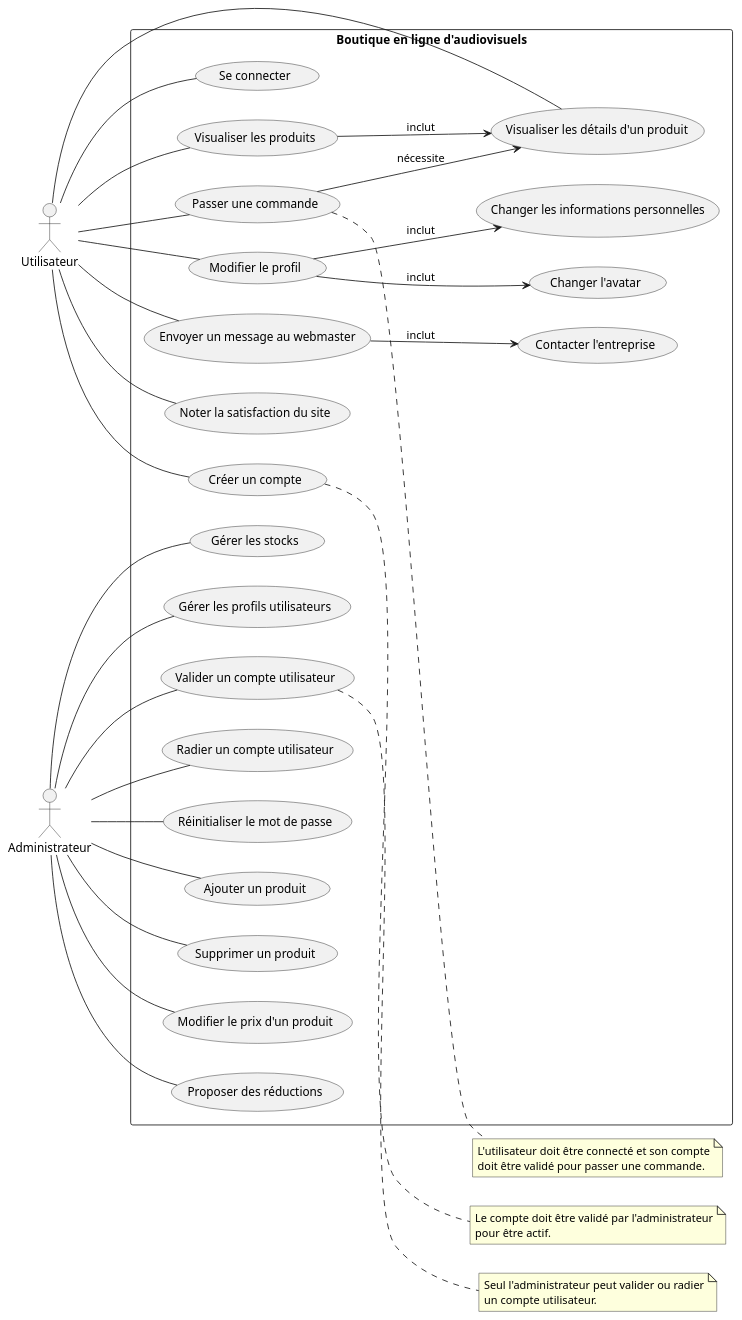
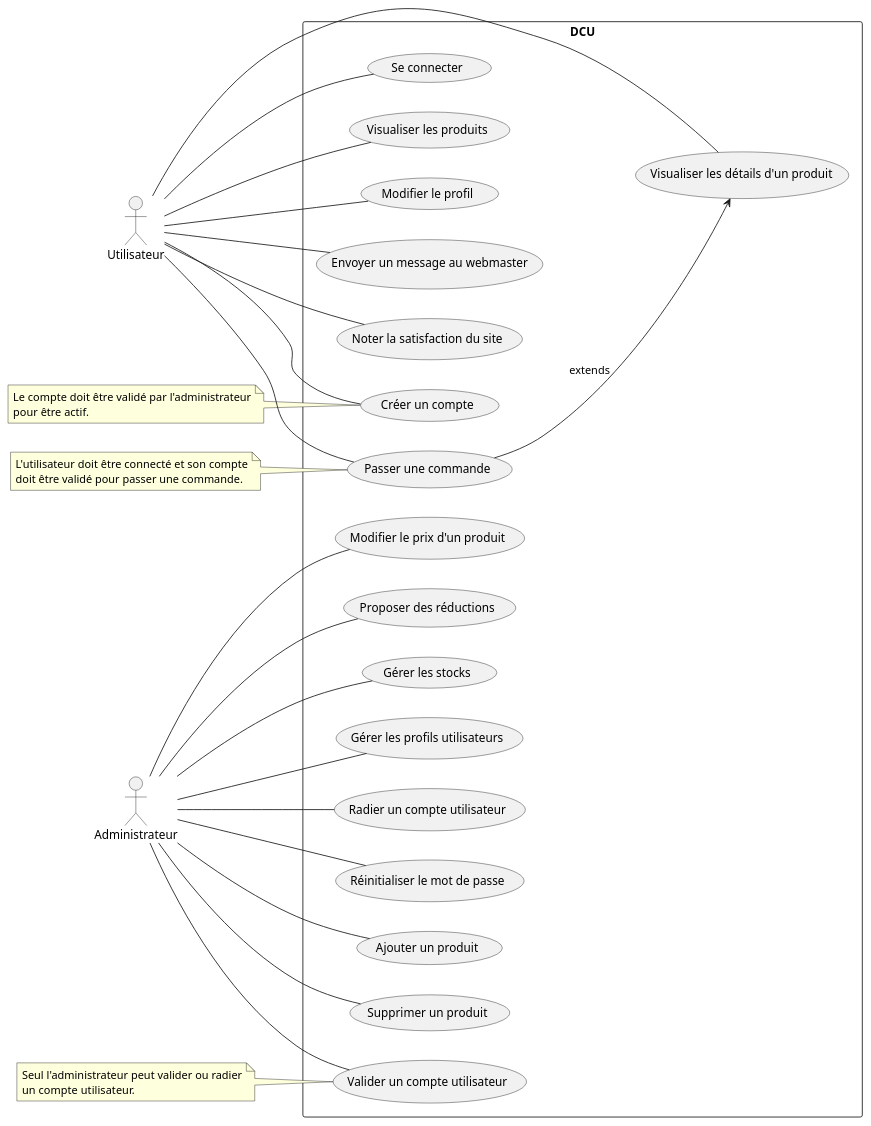
The diagram in DCU.wsd (hurtcraft/ProjetUML), drawn with PlantUML before and after one commit.

Commit message:
modif DCU

```diff
--- a/DCU.wsd
+++ b/DCU.wsd
@@ -1,48 +1,44 @@
 @startuml
 left to right direction
 actor Utilisateur
 actor Administrateur
 
-rectangle "Boutique en ligne d'audiovisuels" {
+rectangle "DCU" {
     Utilisateur -- (Créer un compte)
     Utilisateur -- (Se connecter)
     Utilisateur -- (Visualiser les produits)
     Utilisateur -- (Visualiser les détails d'un produit)
     Utilisateur -- (Passer une commande)
     Utilisateur -- (Modifier le profil)
     Utilisateur -- (Envoyer un message au webmaster)
     Utilisateur -- (Noter la satisfaction du site)
 
     Administrateur -- (Valider un compte utilisateur)
     Administrateur -- (Radier un compte utilisateur)
     Administrateur -- (Réinitialiser le mot de passe)
     Administrateur -- (Ajouter un produit)
     Administrateur -- (Supprimer un produit)
     Administrateur -- (Modifier le prix d'un produit)
     Administrateur -- (Proposer des réductions)
     Administrateur -- (Gérer les stocks)
     Administrateur -- (Gérer les profils utilisateurs)
 
-    (Visualiser les produits) --> (Visualiser les détails d'un produit) : inclut
-    (Passer une commande) --> (Visualiser les détails d'un produit) : nécessite
-    (Modifier le profil) --> (Changer l'avatar) : inclut
-    (Modifier le profil) --> (Changer les informations personnelles) : inclut
-    (Envoyer un message au webmaster) --> (Contacter l'entreprise) : inclut
+    (Passer une commande) --> (Visualiser les détails d'un produit) : extends
 }
 
-note right of (Créer un compte)
+note left of (Créer un compte)
     Le compte doit être validé par l'administrateur
     pour être actif.
 end note
 
-note right of (Valider un compte utilisateur)
+note left of (Valider un compte utilisateur)
     Seul l'administrateur peut valider ou radier
     un compte utilisateur.
 end note
 
-note right of (Passer une commande)
+note left of (Passer une commande)
     L'utilisateur doit être connecté et son compte
     doit être validé pour passer une commande.
 end note
 
 @enduml
```
